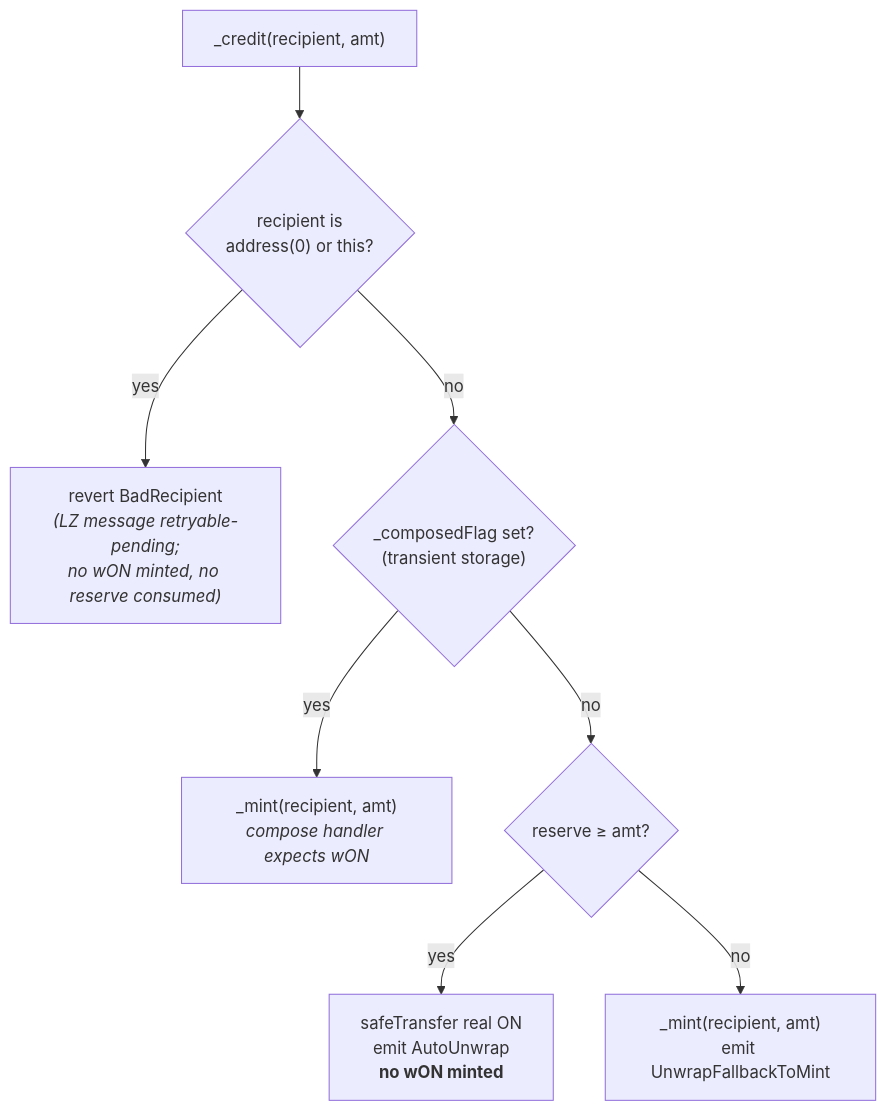
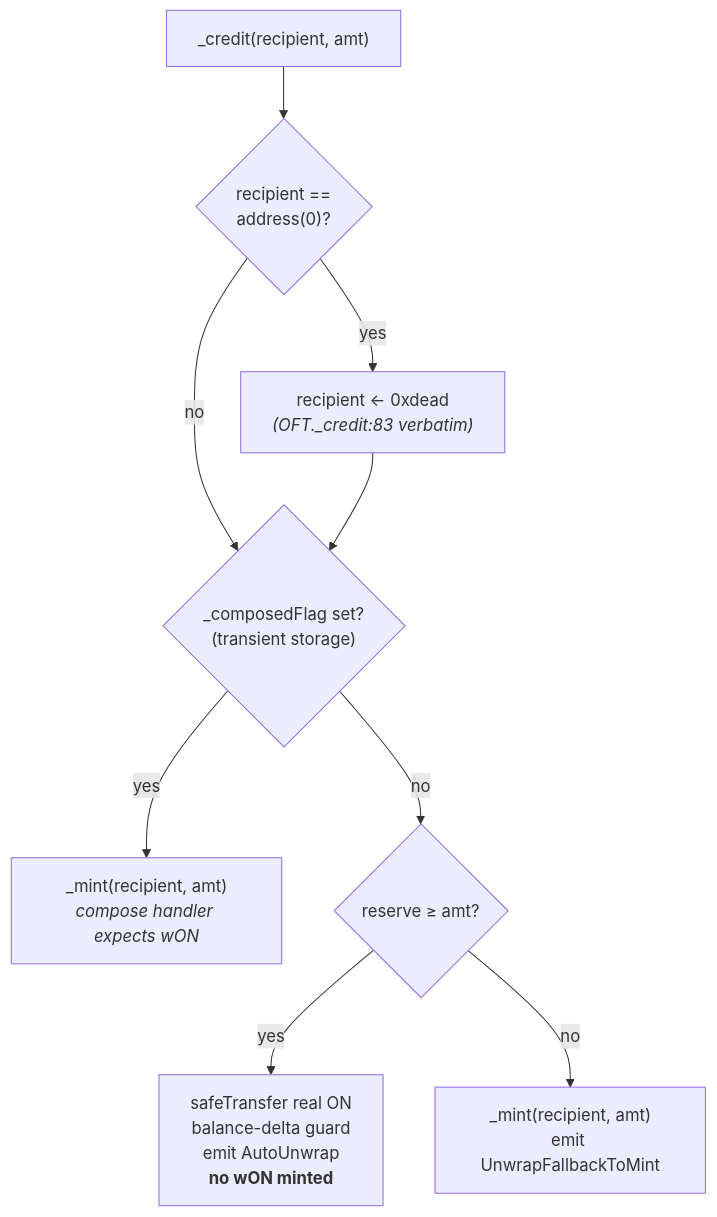
The third of 3 diagrams in docs/ARCHITECTURE.md (orochi-network/bridge), drawn with Mermaid before and after one commit. The commit also changed other lines of this file and 6 other files, not shown here.

````diff
--- a/docs/ARCHITECTURE.md
+++ b/docs/ARCHITECTURE.md
@@ -120,10 +121,11 @@
 ```mermaid
 flowchart TD
-    A["_credit(recipient, amt)"] --> B{"recipient is<br/>address(0) or this?"}
-    B -->|yes| BR["revert BadRecipient<br/><i>(LZ message retryable-pending;<br/>no wON minted, no reserve consumed)</i>"]
-    B -->|no| D{"_composedFlag set?<br/>(transient storage)"}
+    A["_credit(recipient, amt)"] --> Z{"recipient ==<br/>address(0)?"}
+    Z -->|yes| ZR["recipient ← 0xdead<br/><i>(OFT._credit:83 verbatim)</i>"]
+    Z -->|no| D
+    ZR --> D{"_composedFlag set?<br/>(transient storage)"}
     D -->|yes| F["_mint(recipient, amt)<br/><i>compose handler expects wON</i>"]
     D -->|no| G{"reserve ≥ amt?"}
-    G -->|yes| H["safeTransfer real ON<br/>emit AutoUnwrap<br/><b>no wON minted</b>"]
+    G -->|yes| H["safeTransfer real ON<br/>balance-delta guard<br/>emit AutoUnwrap<br/><b>no wON minted</b>"]
     G -->|no| I["_mint(recipient, amt)<br/>emit UnwrapFallbackToMint"]
 ```
````
